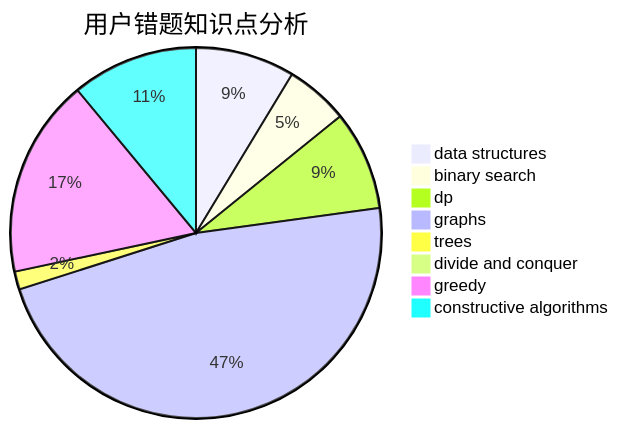
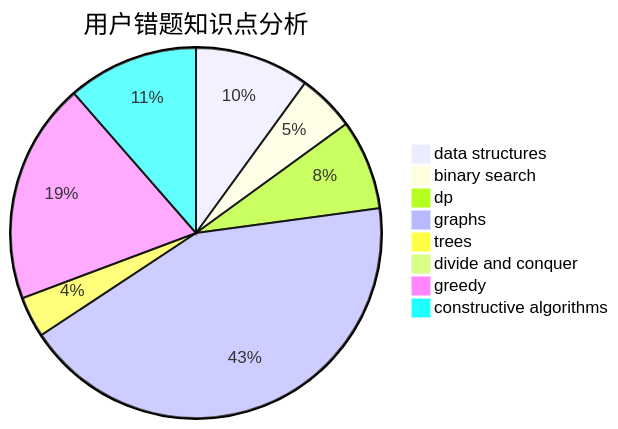
One commit to sherpahu/cfrs.github.io changed the third of 3 diagrams in docs/user/u2477.md. Above: the diagram before and after it, drawn with Mermaid. The commit also changed other lines of this file and 2770 other files, not shown here.

````diff
--- a/docs/user/u2477.md
+++ b/docs/user/u2477.md
@@ -36,11 +36,11 @@
 ```mermaid
 pie title 用户错题知识点分析
-    "data structures" :  11
+    "data structures" :  14
     "binary search" :  7
     "dp" :  11
     "graphs" :  60
-    "trees" :  2
+    "trees" :  5
     "divide and conquer" :  1
-    "greedy" :  22
-    "constructive algorithms" :  14
+    "greedy" :  27
+    "constructive algorithms" :  16
 ```
````
